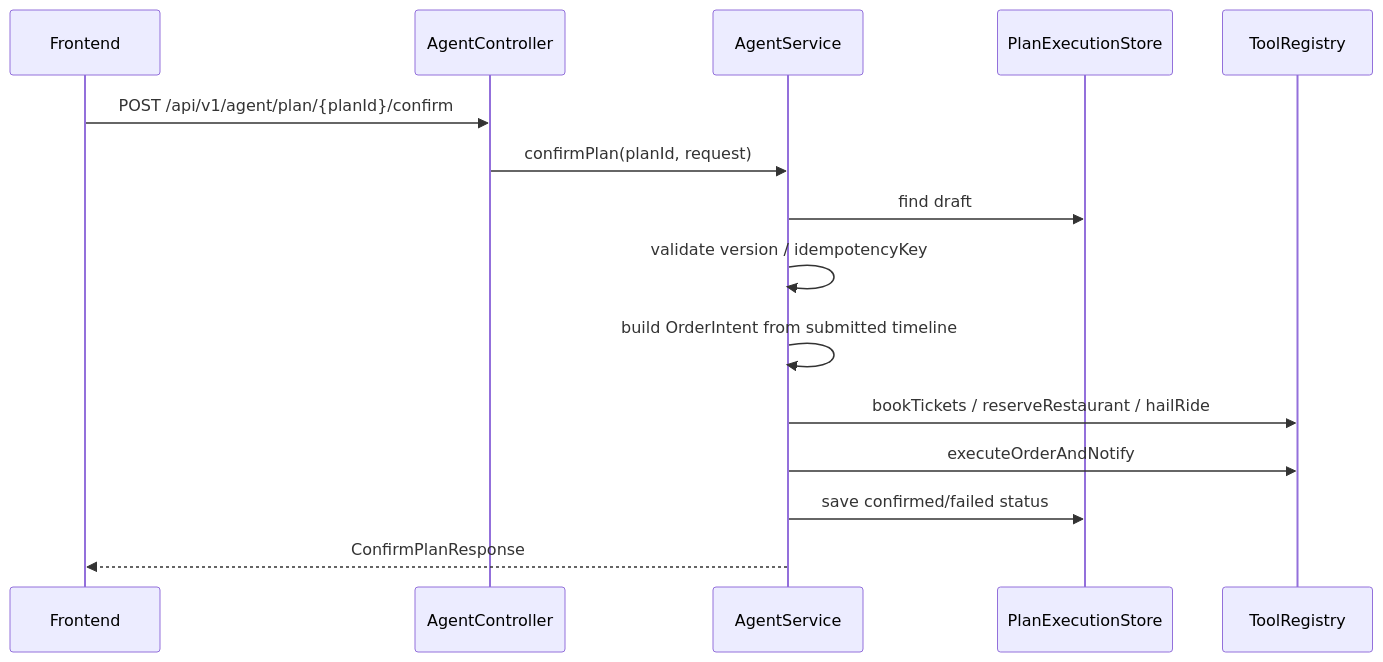
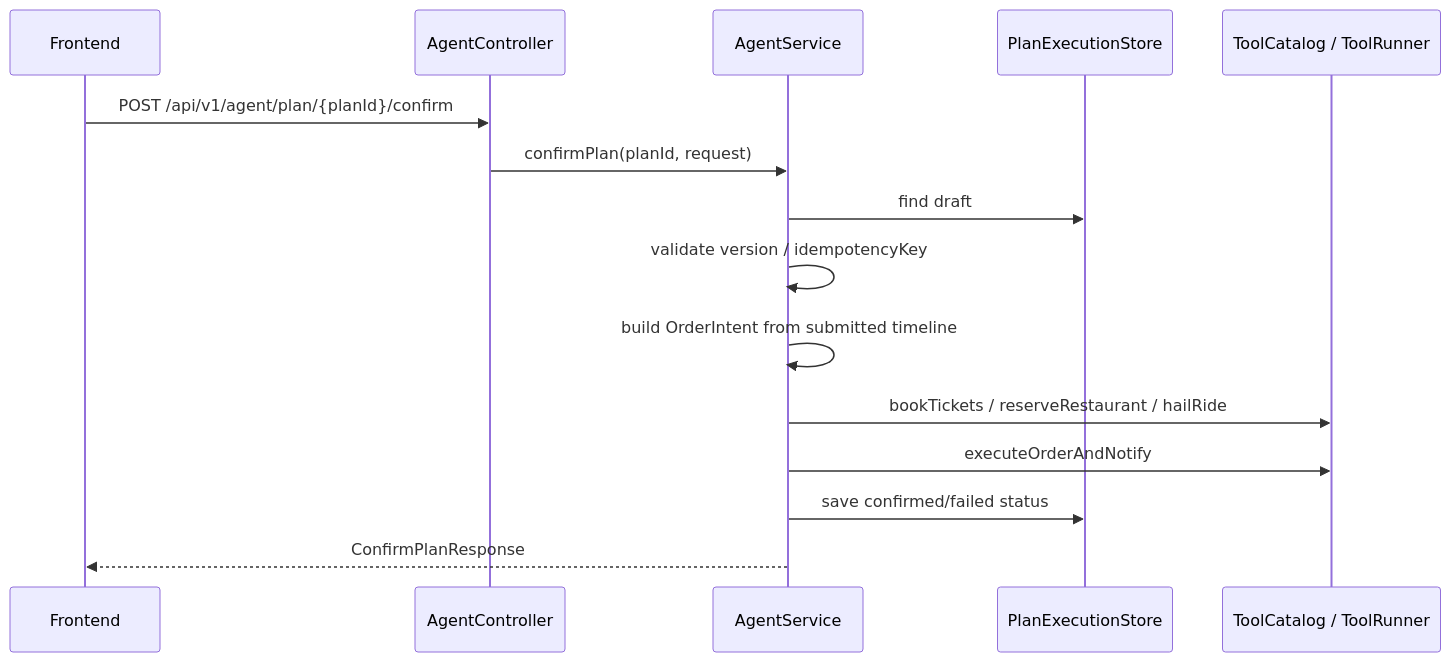
One commit to zenojor/plan-pal changed the eighth of 9 diagrams in docs/INTERACTION_ROUTING_ARCHITECTURE.md. Above: the diagram before and after it, drawn with Mermaid. The commit also changed other lines of this file and 60 other files, not shown here.

First line of the commit message:
更新使用Spring AI Alibaba框架 统一上下文和工具调用层 feat: Implement new context and graph structures for planning engine

````diff
--- a/docs/INTERACTION_ROUTING_ARCHITECTURE.md
+++ b/docs/INTERACTION_ROUTING_ARCHITECTURE.md
@@ -390,18 +394,18 @@
 ```mermaid
 sequenceDiagram
   participant FE as Frontend
   participant API as AgentController
   participant S as AgentService
   participant Store as PlanExecutionStore
-  participant Tools as ToolRegistry
+  participant Tools as ToolCatalog / ToolRunner
 
   FE->>API: POST /api/v1/agent/plan/{planId}/confirm
   API->>S: confirmPlan(planId, request)
   S->>Store: find draft
   S->>S: validate version / idempotencyKey
   S->>S: build OrderIntent from submitted timeline
   S->>Tools: bookTickets / reserveRestaurant / hailRide
   S->>Tools: executeOrderAndNotify
   S->>Store: save confirmed/failed status
   S-->>FE: ConfirmPlanResponse
 ```
````
